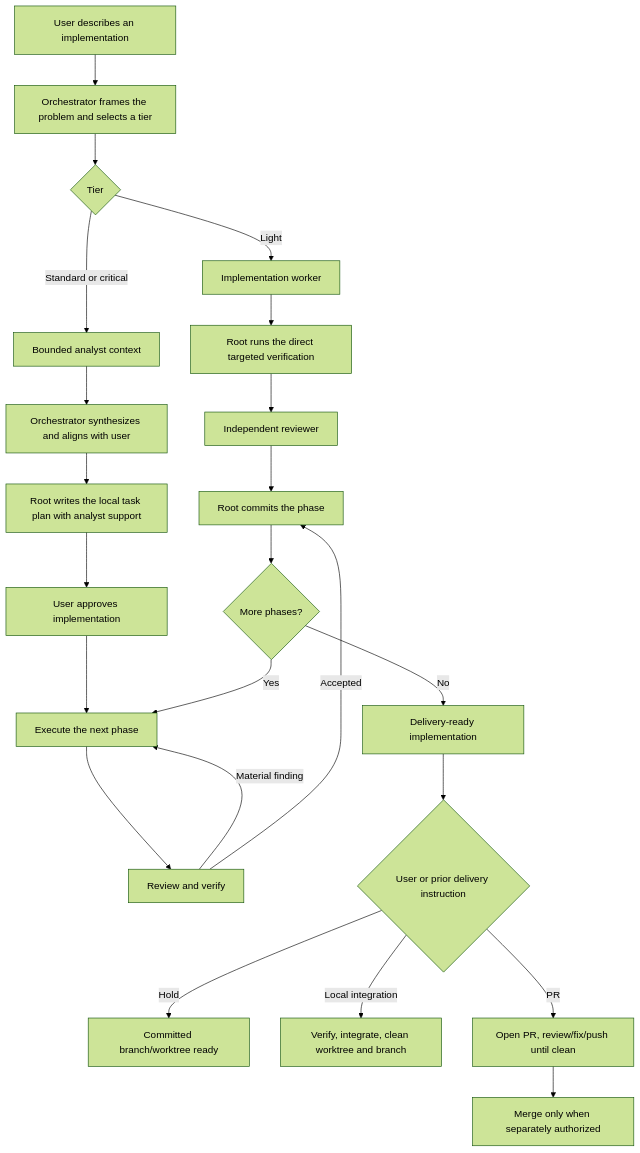
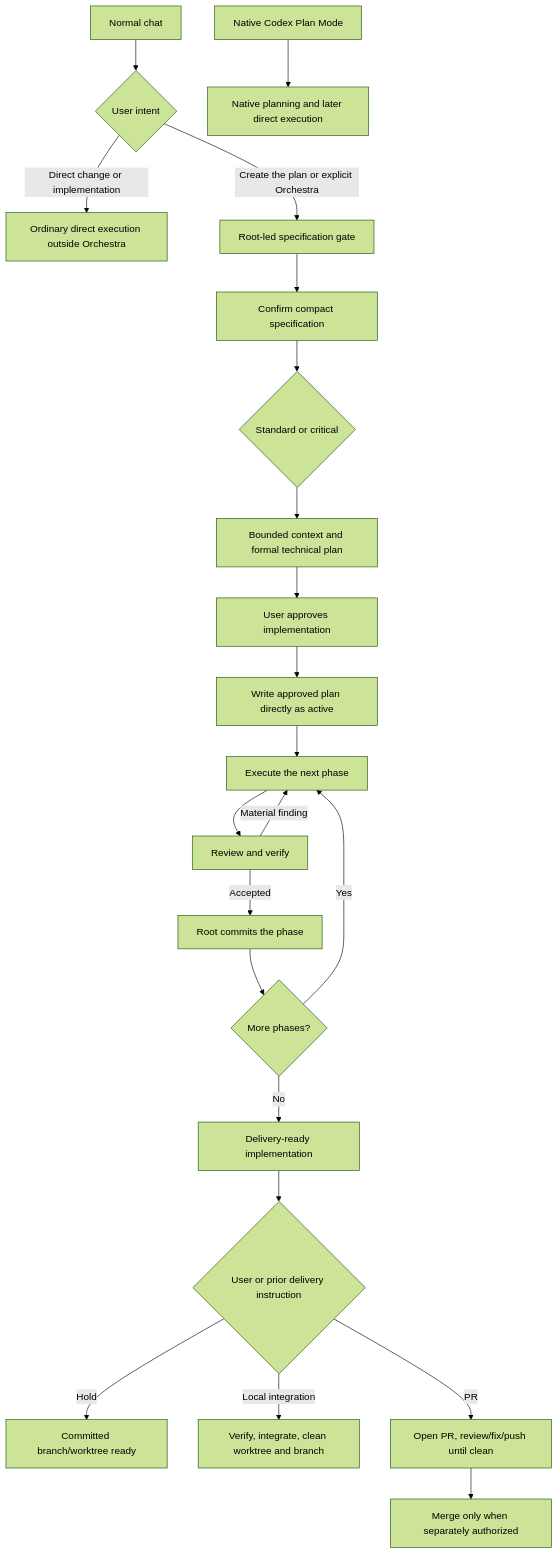
The diagram in docs/WORKFLOW.md (FranciscoJSBarragan/Orchestra), drawn with Mermaid (forest theme) before and after one commit. The commit also changed other lines of this file and 18 other files, not shown here.

First line of the commit message:
feat: make Orchestra an explicit planning workflow

````diff
--- a/docs/WORKFLOW.md
+++ b/docs/WORKFLOW.md
@@ -5,25 +5,24 @@
 ```mermaid
 flowchart TD
-    U["User describes an implementation"] --> O["Orchestrator frames the problem and selects a tier"]
-    O --> L{"Tier"}
-    L -->|"Light"| LW["Implementation worker"]
-    LW --> RV["Root runs the direct targeted verification"]
-    RV --> LR["Independent reviewer"]
-    L -->|"Standard or critical"| C["Bounded analyst context"]
-    C --> S["Orchestrator synthesizes and aligns with user"]
-    S --> P["Root writes the local task plan with analyst support"]
+    U["Normal chat"] --> Q{"User intent"}
+    Q -->|"Direct change or implementation"| DX["Ordinary direct execution outside Orchestra"]
+    Q -->|"Create the plan or explicit Orchestra"| S["Root-led specification gate"]
+    NPM["Native Codex Plan Mode"] --> PX["Native planning and later direct execution"]
+    S --> C["Confirm compact specification"]
+    C --> T{"Standard or critical"}
+    T --> P["Bounded context and formal technical plan"]
     P --> A["User approves implementation"]
-    A --> F["Execute the next phase"]
+    A --> W["Write approved plan directly as active"]
+    W --> F["Execute the next phase"]
     F --> R["Review and verify"]
     R -->|"Material finding"| F
     R -->|"Accepted"| M["Root commits the phase"]
     M --> N{"More phases?"}
     N -->|"Yes"| F
     N -->|"No"| D["Delivery-ready implementation"]
-    LR --> M
     D --> H{"User or prior delivery instruction"}
-    H -->|"Hold"| X["Committed branch/worktree ready"]
+    H -->|"Hold"| HX["Committed branch/worktree ready"]
     H -->|"Local integration"| LI["Verify, integrate, clean worktree and branch"]
     H -->|"PR"| PR["Open PR, review/fix/push until clean"]
-    PR --> PM["Merge only when separately authorized"]
+    PR --> PMG["Merge only when separately authorized"]
 ```
````
